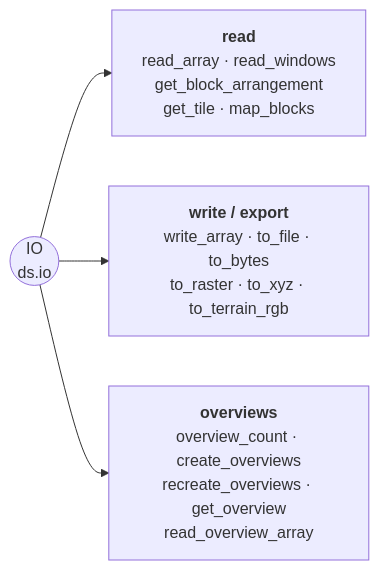
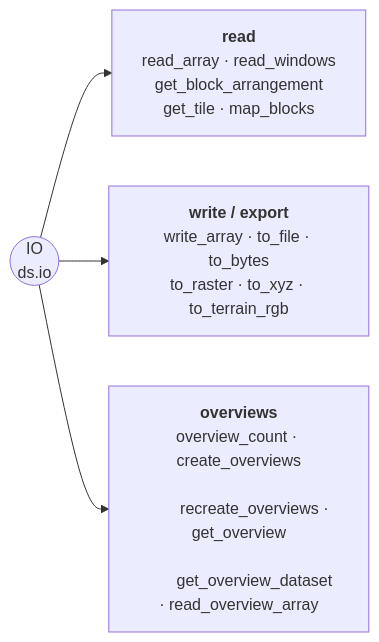
The diagram in docs/reference/dataset/io.md (serapeum-org/pyramids), drawn with Mermaid before and after one commit. The commit also changed 10 other files, not shown here.

````diff
--- a/docs/reference/dataset/io.md
+++ b/docs/reference/dataset/io.md
@@ -5,7 +5,9 @@
 ```mermaid
 flowchart LR
     IO(("IO<br/>ds.io"))
     IO --> R["<b>read</b><br/>read_array · read_windows<br/>get_block_arrangement<br/>get_tile · map_blocks"]
     IO --> W["<b>write / export</b><br/>write_array · to_file · to_bytes<br/>to_raster · to_xyz · to_terrain_rgb"]
-    IO --> O["<b>overviews</b><br/>overview_count · create_overviews<br/>recreate_overviews · get_overview<br/>read_overview_array"]
+    IO --> O["<b>overviews</b><br/>overview_count · create_overviews<br/>
+        recreate_overviews · get_overview<br/>
+        get_overview_dataset · read_overview_array"]
 ```
````
